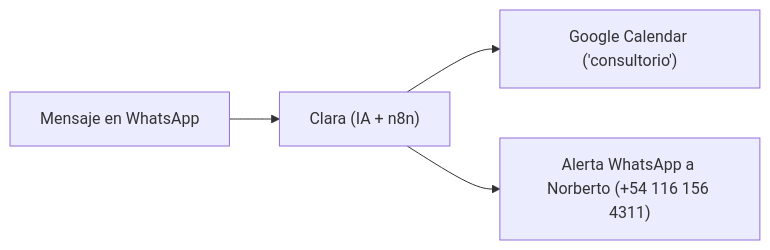
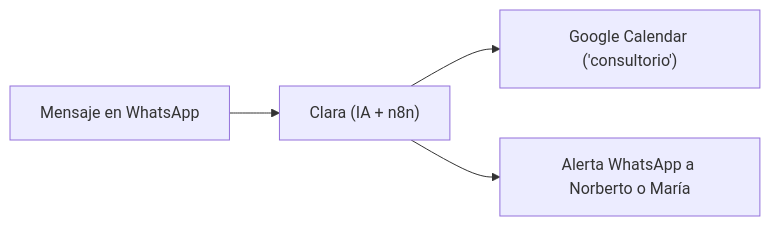
Before and after one commit to MartinBrude/kinesica: the diagram in docs/guia-pruebas.md, drawn with Mermaid. The commit also changed other lines of this file and 1 other file, not shown here.

Commit message:
docs: documentar atencion personalizada y derivacion directa a Norberto o Maria

````diff
--- a/docs/guia-pruebas.md
+++ b/docs/guia-pruebas.md
@@ -77,6 +80,6 @@
 ```mermaid
 flowchart LR
     A["Mensaje en WhatsApp"] --> B["Clara (IA + n8n)"]
     B --> C["Google Calendar ('consultorio')"]
-    B --> D["Alerta WhatsApp a Norberto (+54 116 156 4311)"]
+    B --> D["Alerta WhatsApp a Norberto o María"]
 ```
````
